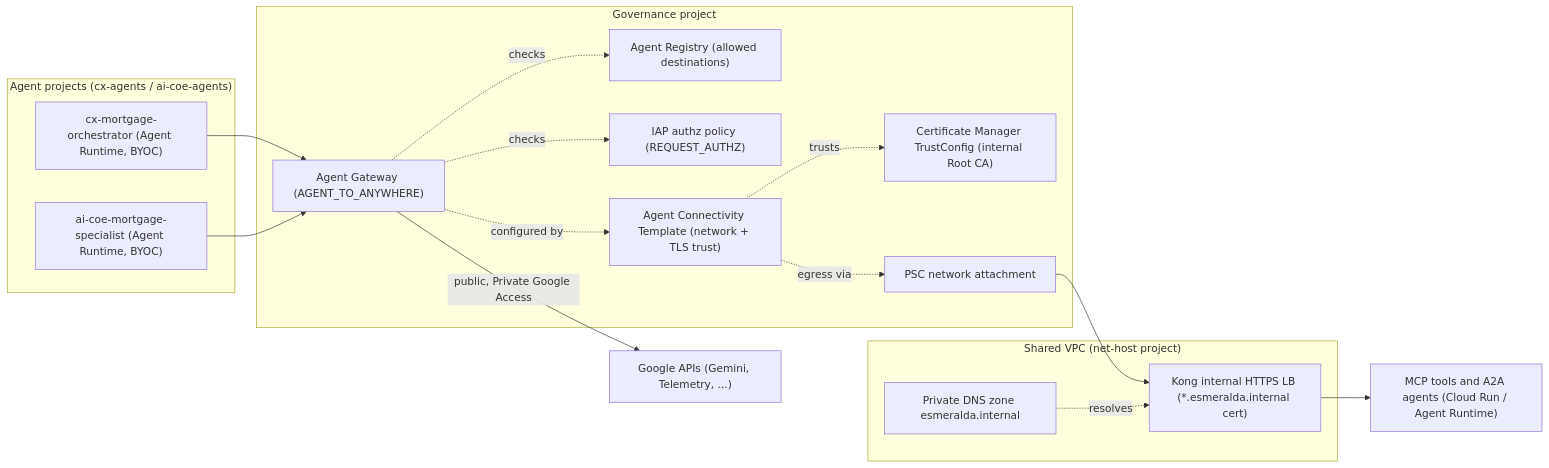
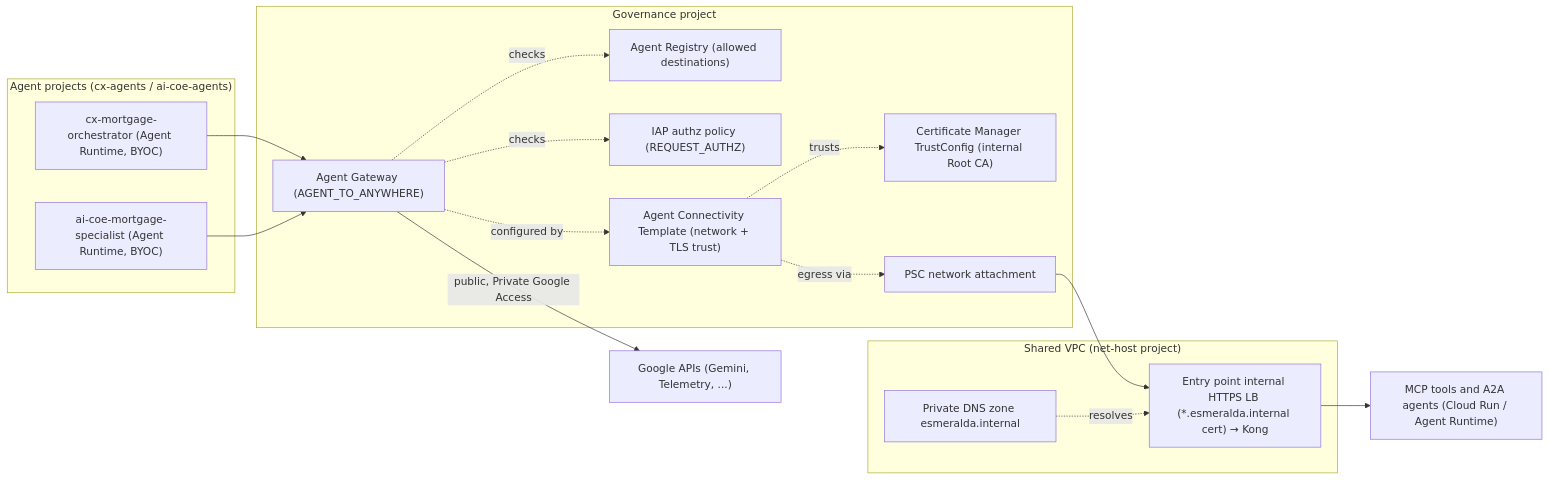
The first of 4 diagrams in docs/src/3-agentops-and-lifecycle/01-central-agent-gateway.md (google/esmeralda), drawn with Mermaid before and after one commit. The commit also changed other lines of this file and 10 other files, not shown here.

First line of the commit message:
docs: describe the entry point, the gateway contract and host-by-host migration

````diff
--- a/docs/src/3-agentops-and-lifecycle/01-central-agent-gateway.md
+++ b/docs/src/3-agentops-and-lifecycle/01-central-agent-gateway.md
@@ -58,36 +58,36 @@
 ```mermaid
 flowchart LR
     subgraph AGENTS["Agent projects (cx-agents / ai-coe-agents)"]
         ORCH["cx-mortgage-orchestrator (Agent Runtime, BYOC)"]
         SPEC["ai-coe-mortgage-specialist (Agent Runtime, BYOC)"]
     end
 
     subgraph GOV["Governance project"]
         AGW["Agent Gateway (AGENT_TO_ANYWHERE)"]
         REG["Agent Registry (allowed destinations)"]
         IAP["IAP authz policy (REQUEST_AUTHZ)"]
         ACT["Agent Connectivity Template (network + TLS trust)"]
         TC["Certificate Manager TrustConfig (internal Root CA)"]
         NA["PSC network attachment"]
     end
 
     subgraph NET["Shared VPC (net-host project)"]
         DNS["Private DNS zone esmeralda.internal"]
-        ILB["Kong internal HTTPS LB (*.esmeralda.internal cert)"]
+        ILB["Entry point internal HTTPS LB (*.esmeralda.internal cert) → Kong"]
     end
 
     GAPI["Google APIs (Gemini, Telemetry, ...)"]
     MCP["MCP tools and A2A agents (Cloud Run / Agent Runtime)"]
 
     ORCH --> AGW
     SPEC --> AGW
     AGW -. checks .-> REG
     AGW -. checks .-> IAP
     AGW -. configured by .-> ACT
     ACT -. trusts .-> TC
     ACT -. egress via .-> NA
     AGW -->|public, Private Google Access| GAPI
     NA --> ILB
     DNS -. resolves .-> ILB
     ILB --> MCP
 ```
````
